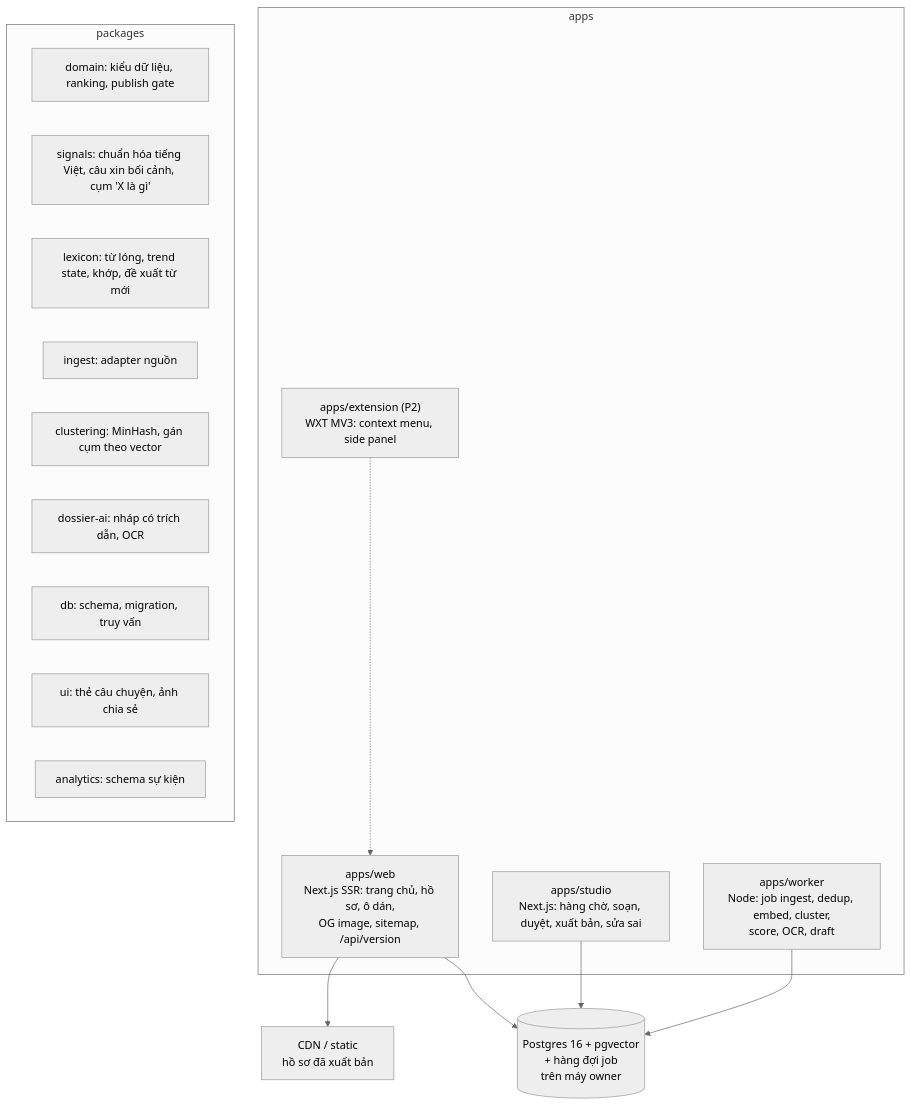
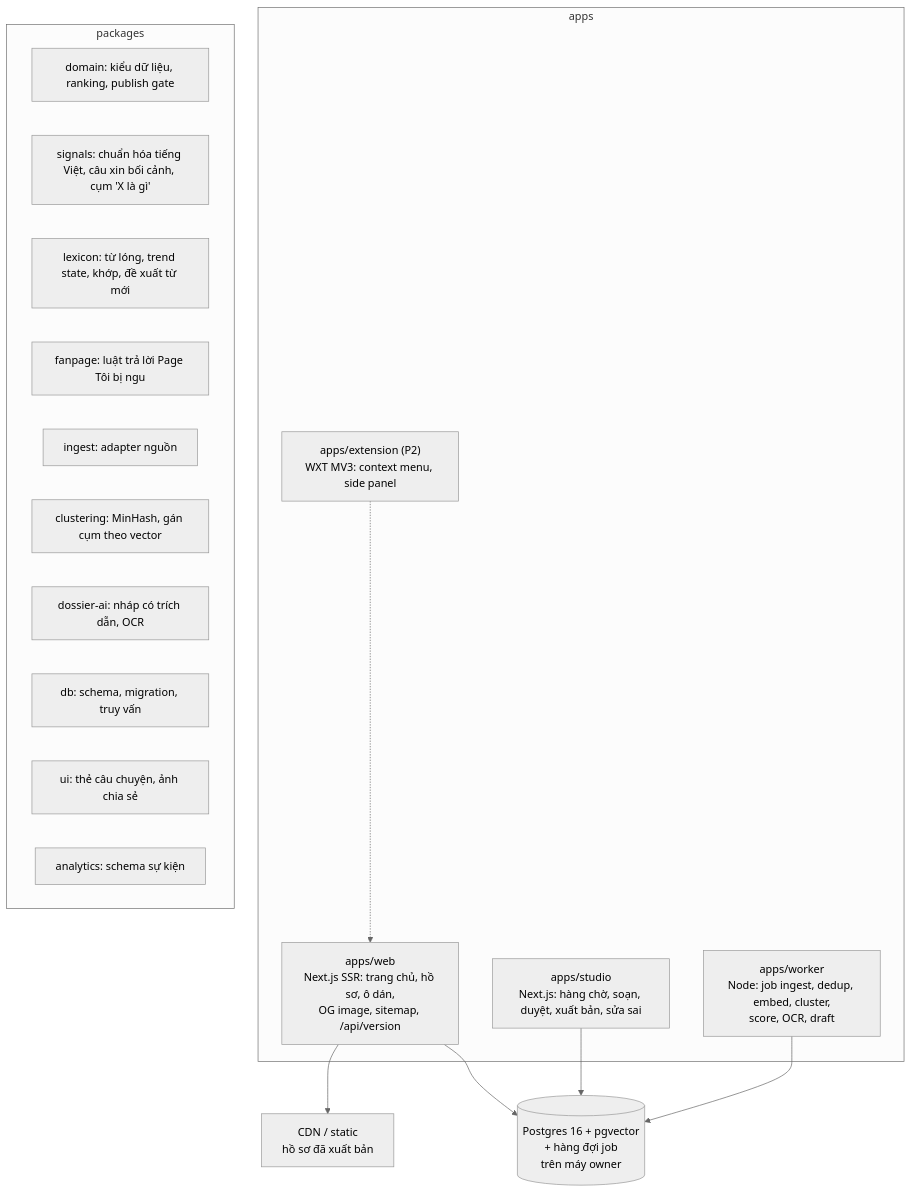
The diagram in docs/01-sd/architecture/SD-TBH001-architecture.md (luongkam/toibingu), drawn with Mermaid (neutral theme) before and after one commit. The commit also changed other lines of this file and 17 other files, not shown here.

First line of the commit message:
feat(fanpage): Page 'Tôi bị ngu' reply rules within what Meta allows (REQ-018)

````diff
--- a/docs/01-sd/architecture/SD-TBH001-architecture.md
+++ b/docs/01-sd/architecture/SD-TBH001-architecture.md
@@ -22,27 +22,28 @@
 ```mermaid
 flowchart TB
   subgraph apps
     web["apps/web\nNext.js SSR: trang chủ, hồ sơ, ô dán,\nOG image, sitemap, /api/version"]
     studio["apps/studio\nNext.js: hàng chờ, soạn, duyệt, xuất bản, sửa sai"]
     worker["apps/worker\nNode: job ingest, dedup, embed, cluster,\nscore, OCR, draft"]
     ext["apps/extension (P2)\nWXT MV3: context menu, side panel"]
   end
   subgraph packages
     domain[domain: kiểu dữ liệu, ranking, publish gate]
     signals[signals: chuẩn hóa tiếng Việt, câu xin bối cảnh, cụm 'X là gì']
     lexicon[lexicon: từ lóng, trend state, khớp, đề xuất từ mới]
+    fanpage[fanpage: luật trả lời Page Tôi bị ngu]
     ingest[ingest: adapter nguồn]
     clustering[clustering: MinHash, gán cụm theo vector]
     ai[dossier-ai: nháp có trích dẫn, OCR]
     dbp[db: schema, migration, truy vấn]
     ui[ui: thẻ câu chuyện, ảnh chia sẻ]
     analytics[analytics: schema sự kiện]
   end
   pg[(Postgres 16 + pgvector\n+ hàng đợi job\ntrên máy owner)]
   cdn[CDN / static\nhồ sơ đã xuất bản]
   web --> cdn
   web --> pg
   studio --> pg
   worker --> pg
   ext -.-> web
 ```
````
